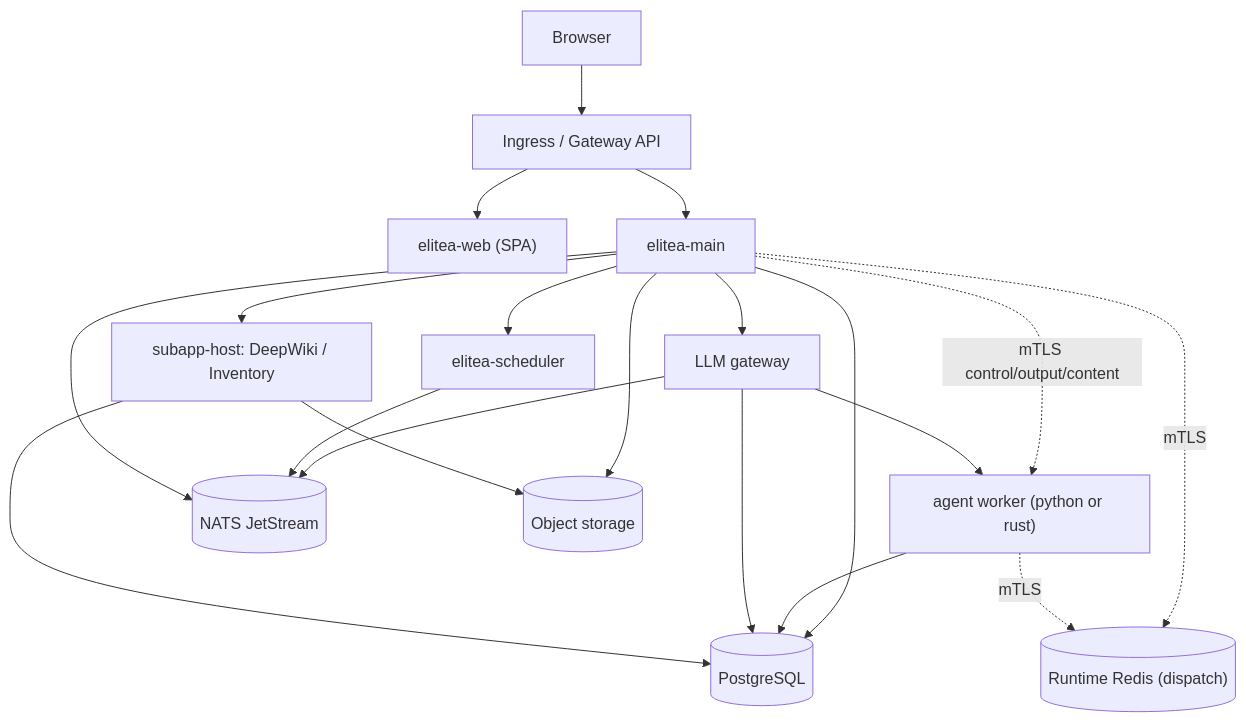
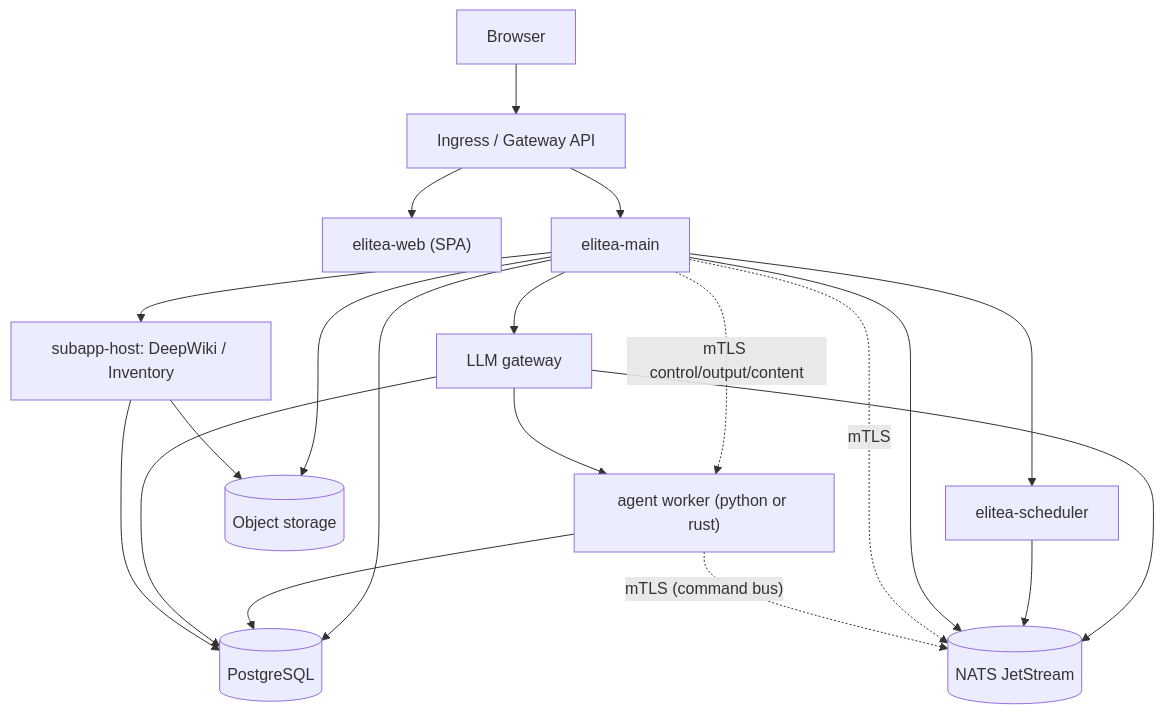
One commit to elitea-ng/elitea-platform changed the diagram in apps/elitea-web/src/entries/docs/content/deployment/overview.mdx. Above: the diagram before and after it, drawn with Mermaid. The commit also changed other lines of this file and 7 other files, not shown here.

First line of the commit message:
docs: the deployment docs describe the NATS command bus, not the runtime Redis

````diff
--- a/apps/elitea-web/src/entries/docs/content/deployment/overview.mdx
+++ b/apps/elitea-web/src/entries/docs/content/deployment/overview.mdx
@@ -14,27 +14,27 @@
 ```mermaid
 flowchart TB
     Browser["Browser"] --> Edge["Ingress / Gateway API"]
     Edge --> Web["elitea-web (SPA)"]
     Edge --> Main["elitea-main"]
 
     Main --> Gateway["LLM gateway"]
     Main --> Scheduler["elitea-scheduler"]
     Main --> SubappHost["subapp-host: DeepWiki / Inventory"]
     Main -. mTLS control/output/content .-> Worker["agent worker (python or rust)"]
 
     Gateway --> Worker
     Gateway --> NATS[("NATS JetStream")]
     Scheduler --> NATS
 
     Main --> DB[("PostgreSQL")]
     Worker --> DB
     Gateway --> DB
     SubappHost --> DB
 
     Main --> NATS
-    Main -. mTLS .-> RuntimeRedis[("Runtime Redis (dispatch)")]
-    Worker -. mTLS .-> RuntimeRedis
+    Main -. mTLS .-> NATS
+    Worker -. "mTLS (command bus)" .-> NATS
 
     Main --> Object[("Object storage")]
     SubappHost --> Object
 ```
````
